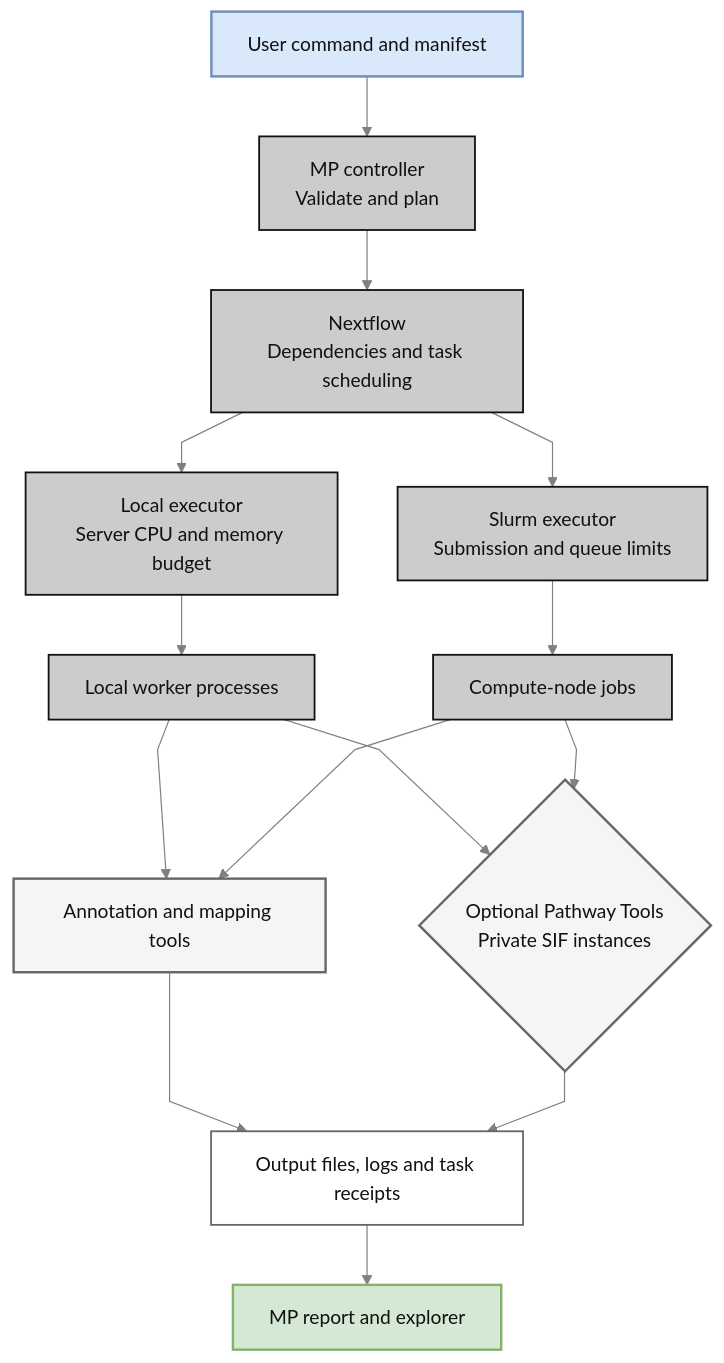
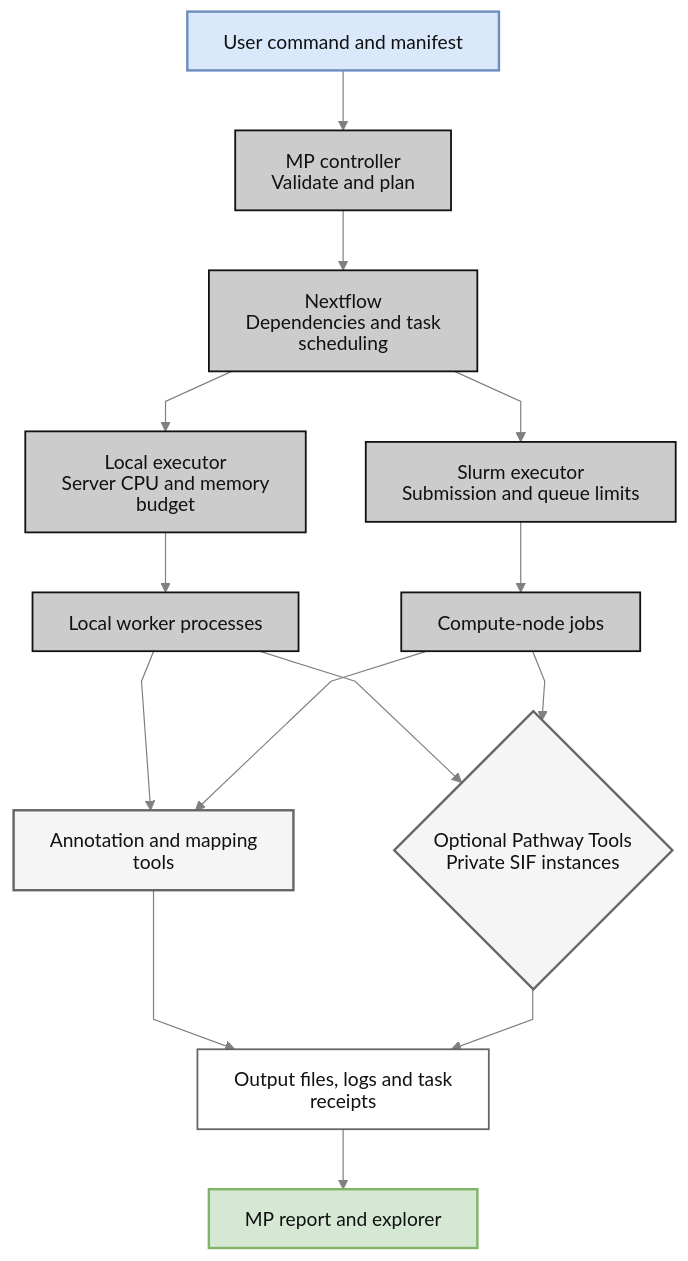
Before and after one commit to hallamlab/MetaPathways: the diagram in docs/diagrams/architecture.mmd, drawn with Mermaid. The commit also changed 35 other files, not shown here.

```diff
--- a/docs/diagrams/architecture.mmd
+++ b/docs/diagrams/architecture.mmd
@@ -1,25 +1,25 @@
-%%{init: {"theme":"base","fontFamily":"Times New Roman, Times, serif","themeVariables":{"fontFamily":"Times New Roman, Times, serif","fontSize":"16px","primaryColor":"#CCCCCC","primaryTextColor":"#111111","primaryBorderColor":"#666666","secondaryColor":"#DAE8FC","tertiaryColor":"#F5F5F5","lineColor":"#808080","edgeLabelBackground":"#FFFFFF","background":"#FFFFFF","defaultLinkColor":"#808080","textColor":"#111111"},"flowchart":{"htmlLabels":false,"curve":"linear"}}}%%
+%%{init: {"htmlLabels":false,"theme":"base","fontFamily":"Times New Roman, Times, serif","themeVariables":{"fontFamily":"Times New Roman, Times, serif","fontSize":"16px","primaryColor":"#CCCCCC","primaryTextColor":"#111111","primaryBorderColor":"#666666","secondaryColor":"#DAE8FC","tertiaryColor":"#F5F5F5","lineColor":"#808080","edgeLabelBackground":"#FFFFFF","background":"#FFFFFF","defaultLinkColor":"#808080","textColor":"#111111"},"flowchart":{"htmlLabels":false,"curve":"linear"}}}%%
 flowchart TB
     U[User command and manifest] --> MP["MP controller<br/>Validate and plan"]
     MP --> NF["Nextflow<br/>Dependencies and task scheduling"]
     NF --> L["Local executor<br/>Server CPU and memory budget"]
     NF --> S["Slurm executor<br/>Submission and queue limits"]
     L --> LW[Local worker processes]
     S --> HW[Compute-node jobs]
     LW --> T[Annotation and mapping tools]
     HW --> T
     LW --> P{"Optional Pathway Tools<br/>Private SIF instances"}
     HW --> P
     T --> O[Output files, logs and task receipts]
     P --> O
     O --> R[MP report and explorer]
     classDef module fill:#CCCCCC,stroke:#111111,stroke-width:1.5px,color:#111111;
     classDef compute fill:#F5F5F5,stroke:#666666,stroke-width:2px,color:#111111;
     classDef input fill:#DAE8FC,stroke:#6C8EBF,stroke-width:2px,color:#111111;
     classDef output fill:#D5E8D4,stroke:#82B366,stroke-width:2px,color:#111111;
     classDef data fill:#FFFFFF,stroke:#666666,stroke-width:1.5px,color:#111111;
     class U input;
     class MP,NF,L,S,LW,HW module;
     class T,P compute;
     class O data;
     class R output;
```
